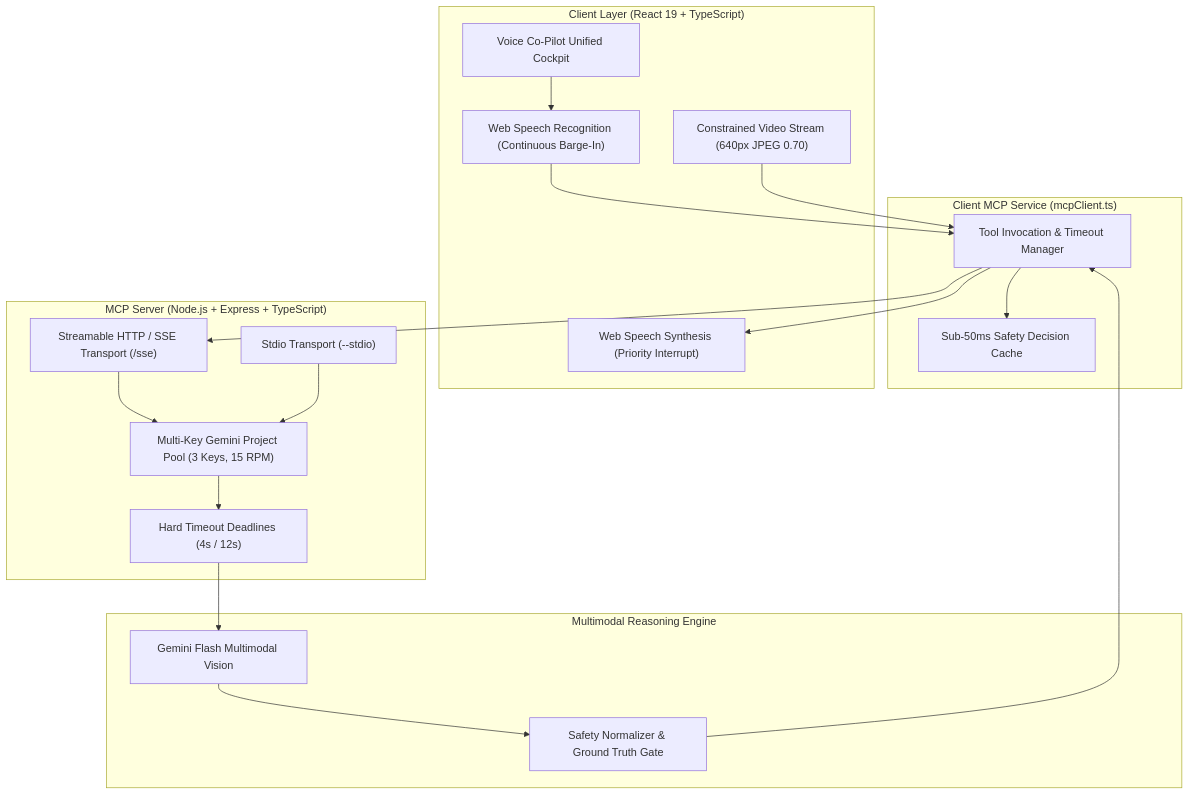
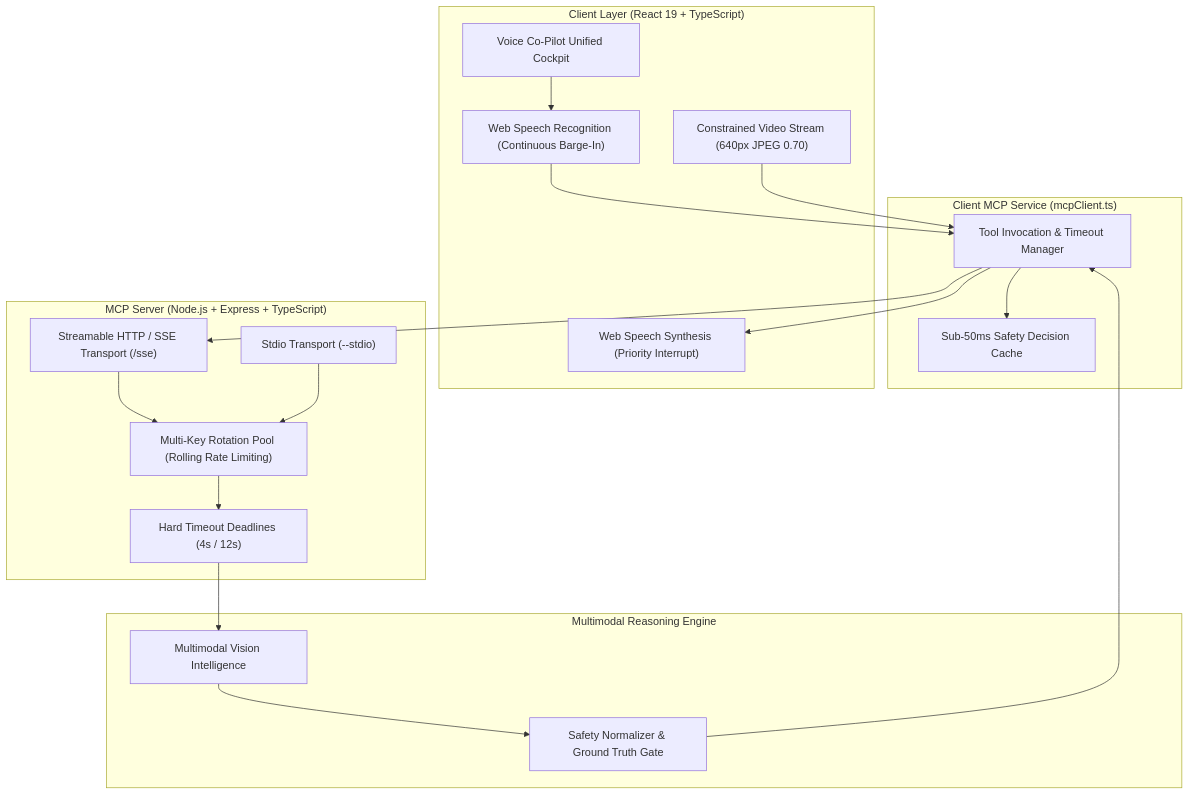
The diagram in README.md (Manthan-cpp/EchoSight-AI), drawn with Mermaid before and after one commit. The commit also changed other lines of this file and 8 other files, not shown here.

````diff
--- a/README.md
+++ b/README.md
@@ -182,38 +182,38 @@
 ```mermaid
 flowchart TD
     subgraph Client ["Client Layer (React 19 + TypeScript)"]
         UI["Voice Co-Pilot Unified Cockpit"]
         STT["Web Speech Recognition (Continuous Barge-In)"]
         TTS["Web Speech Synthesis (Priority Interrupt)"]
         VStream["Constrained Video Stream (640px JPEG 0.70)"]
     end
 
     subgraph MCPClient ["Client MCP Service (mcpClient.ts)"]
         ToolRouter["Tool Invocation & Timeout Manager"]
         SafetyCache["Sub-50ms Safety Decision Cache"]
     end
 
     subgraph MCPServer ["MCP Server (Node.js + Express + TypeScript)"]
         SSE["Streamable HTTP / SSE Transport (/sse)"]
         Stdio["Stdio Transport (--stdio)"]
-        Pool["Multi-Key Gemini Project Pool (3 Keys, 15 RPM)"]
+        Pool["Multi-Key Rotation Pool (Rolling Rate Limiting)"]
         Deadline["Hard Timeout Deadlines (4s / 12s)"]
     end
 
     subgraph VisionEngine ["Multimodal Reasoning Engine"]
-        G35["Gemini Flash Multimodal Vision"]
+        G35["Multimodal Vision Intelligence"]
         Normalizer["Safety Normalizer & Ground Truth Gate"]
     end
 
     UI --> STT
     STT --> ToolRouter
     VStream --> ToolRouter
     ToolRouter --> SafetyCache
     ToolRouter --> SSE
     SSE --> Pool
     Stdio --> Pool
     Pool --> Deadline --> G35
     G35 --> Normalizer
     Normalizer --> ToolRouter
     ToolRouter --> TTS
 ```
````
